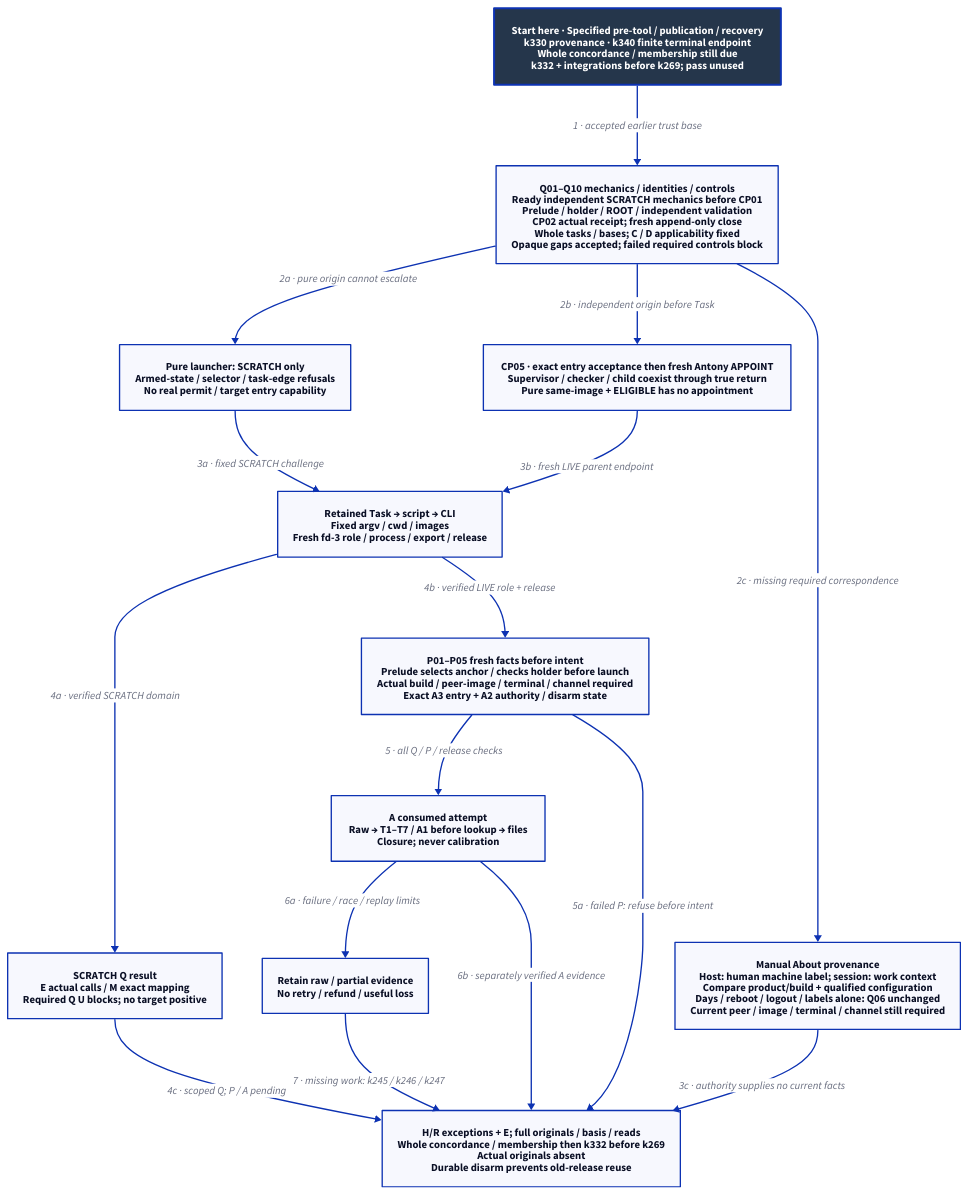
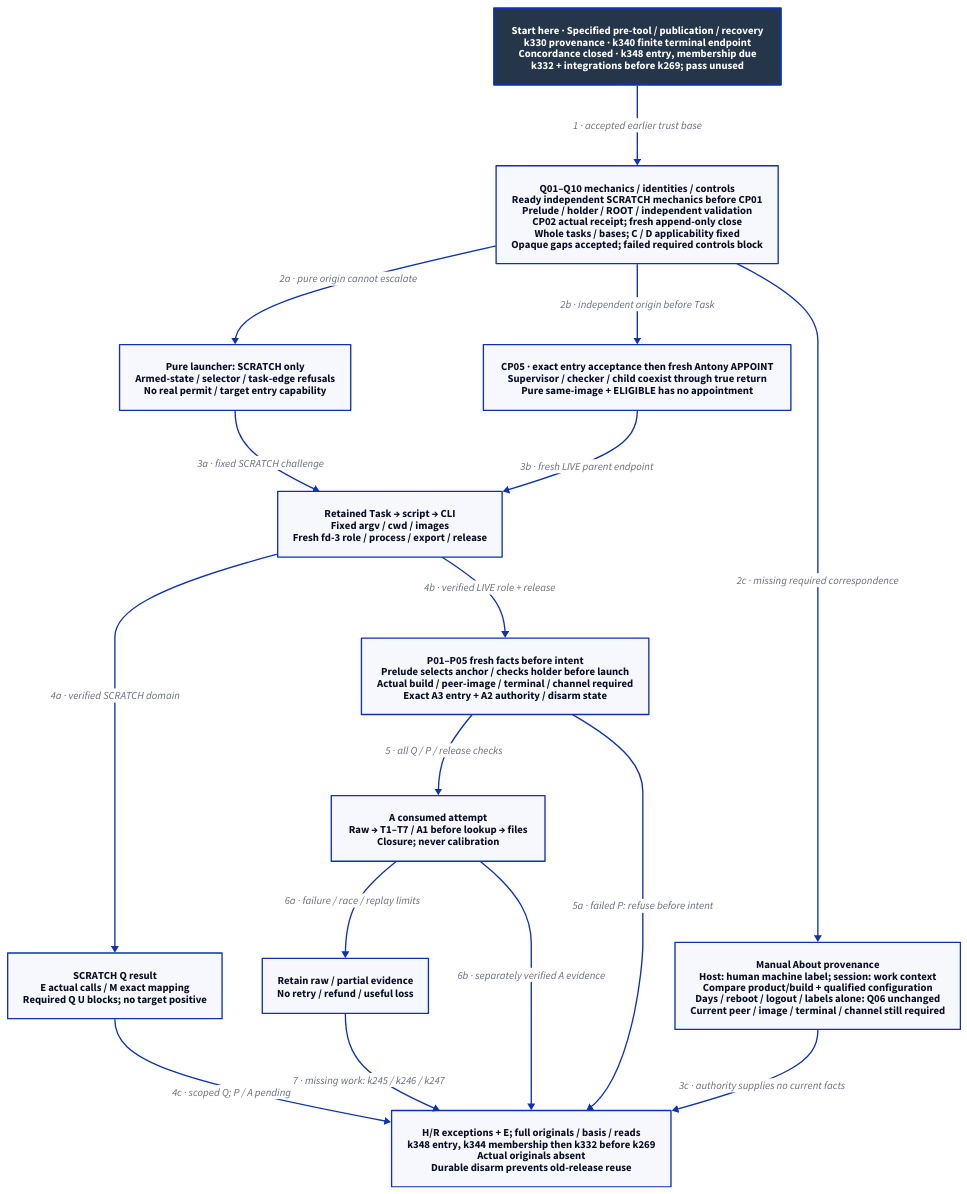
Before and after one commit to Linkuistics/Koine: the diagram in docs/design/architecture/native-reference-packaging.d2, drawn with D2. The commit also changed 31 other files, not shown here.

Commit message:
Concord whole original obligations and externalize inter-checkpoint publication entry (reference-evidence-whole-obligation-concordance-k347; closes reference-evidence-whole-obligation-concordance-k343)

```diff
--- a/docs/design/architecture/native-reference-packaging.d2
+++ b/docs/design/architecture/native-reference-packaging.d2
@@ -1,31 +1,31 @@
-# Specified k331 mechanisms; whole concordance/membership and k332 review precede use.
+# Specified k331 mechanisms; k348 entry, k344 membership and k332 review precede use.
 direction: down
 classes: {
   start: {style: {fill: "#25364B"; font-color: "#FFFFFF"; bold: true; stroke-width: 3}}
 }
-Start: "Start here · Specified pre-tool / publication / recovery\nk330 provenance · k340 finite terminal endpoint\nWhole concordance / membership still due\nk332 + integrations before k269; pass unused" {class: start}
+Start: "Start here · Specified pre-tool / publication / recovery\nk330 provenance · k340 finite terminal endpoint\nConcordance closed · k348 entry, membership due\nk332 + integrations before k269; pass unused" {class: start}
 Ready: "Q01–Q10 mechanics / identities / controls\nReady independent SCRATCH mechanics before CP01\nPrelude / holder / ROOT / independent validation\nCP02 actual receipt; fresh append-only close\nWhole tasks / bases; C / D applicability fixed\nOpaque gaps accepted; failed required controls block"
 Task: "Retained Task → script → CLI\nFixed argv / cwd / images\nFresh fd-3 role / process / export / release"
 Scratch: "Pure launcher: SCRATCH only\nArmed-state / selector / task-edge refusals\nNo real permit / target entry capability"
 Live: "CP05 · exact entry acceptance then fresh Antony APPOINT\nSupervisor / checker / child coexist through true return\nPure same-image + ELIGIBLE has no appointment"
 Proof: "SCRATCH Q result\nE actual calls / M exact mapping\nRequired Q U blocks; no target positive"
 Preflight: "P01–P05 fresh facts before intent\nPrelude selects anchor / checks holder before launch\nActual build / peer-image / terminal / channel required\nExact A3 entry + A2 authority / disarm state"
 Attempt: "A consumed attempt\nRaw → T1–T7 / A1 before lookup → files\nClosure; never calibration"
 Failure: "Retain raw / partial evidence\nNo retry / refund / useful loss"
 Route: "Manual About provenance\nHost: human machine label; session: work context\nCompare product/build + qualified configuration\nDays / reboot / logout / labels alone: Q06 unchanged\nCurrent peer / image / terminal / channel still required"
-Final: "H/R exceptions + E; full originals / basis / reads\nWhole concordance / membership then k332 before k269\nActual originals absent\nDurable disarm prevents old-release reuse"
+Final: "H/R exceptions + E; full originals / basis / reads\nk348 entry, k344 membership then k332 before k269\nActual originals absent\nDurable disarm prevents old-release reuse"
 Start -> Ready: "1 · accepted earlier trust base"
 Ready -> Scratch: "2a · pure origin cannot escalate"
 Ready -> Live: "2b · independent origin before Task"
 Scratch -> Task: "3a · fixed SCRATCH challenge"
 Live -> Task: "3b · fresh LIVE parent endpoint"
 Task -> Proof: "4a · verified SCRATCH domain"
 Proof -> Final: "4c · scoped Q; P / A pending"
 Task -> Preflight: "4b · verified LIVE role + release"
 Preflight -> Attempt: "5 · all Q / P / release checks"
 Preflight -> Final: "5a · failed P: refuse before intent"
 Ready -> Route: "2c · missing required correspondence"
 Route -> Final: "3c · authority supplies no current facts"
 Attempt -> Failure: "6a · failure / race / replay limits"
 Attempt -> Final: "6b · separately verified A evidence"
 Failure -> Final: "7 · missing work: k245 / k246 / k247"
```
